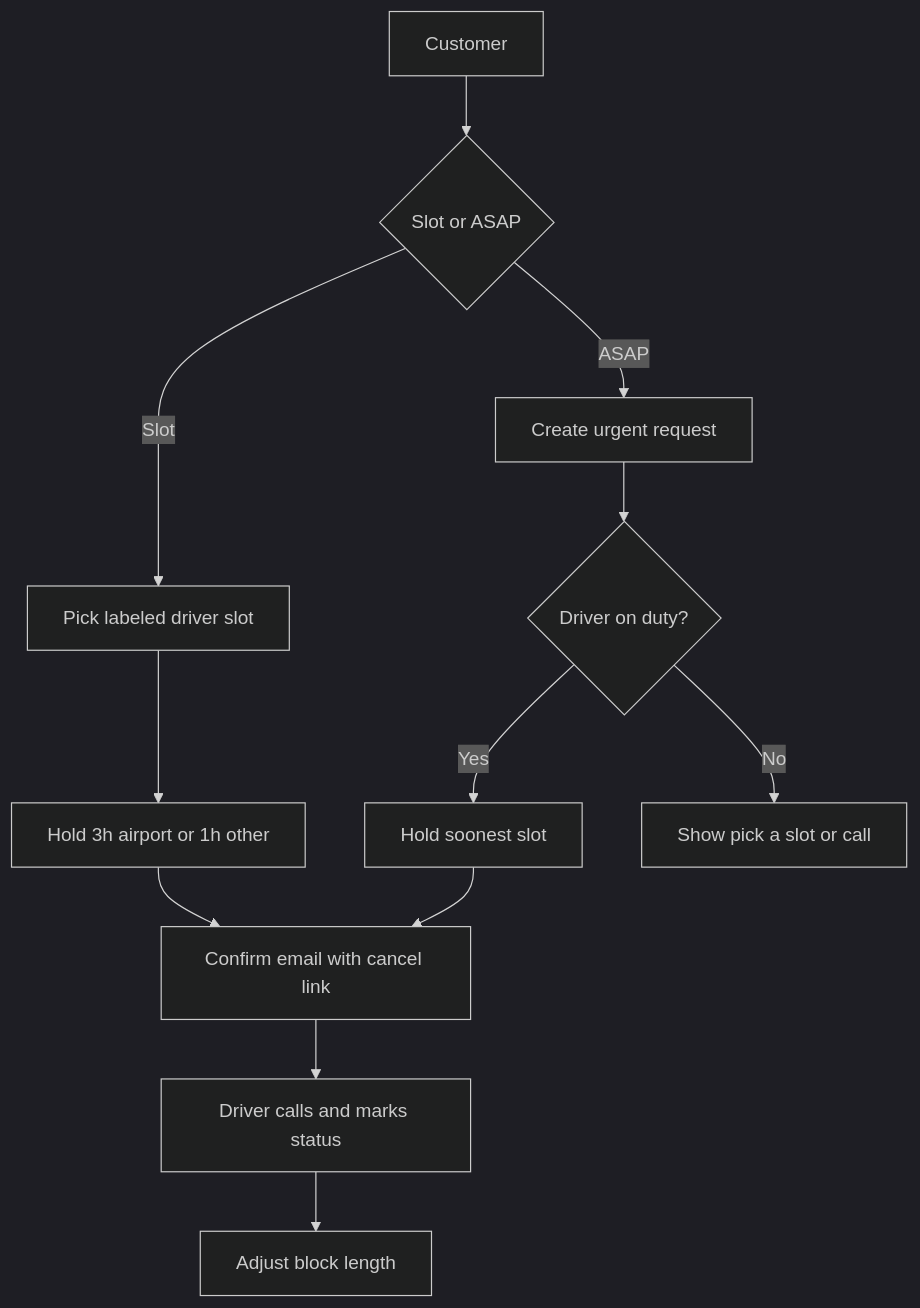
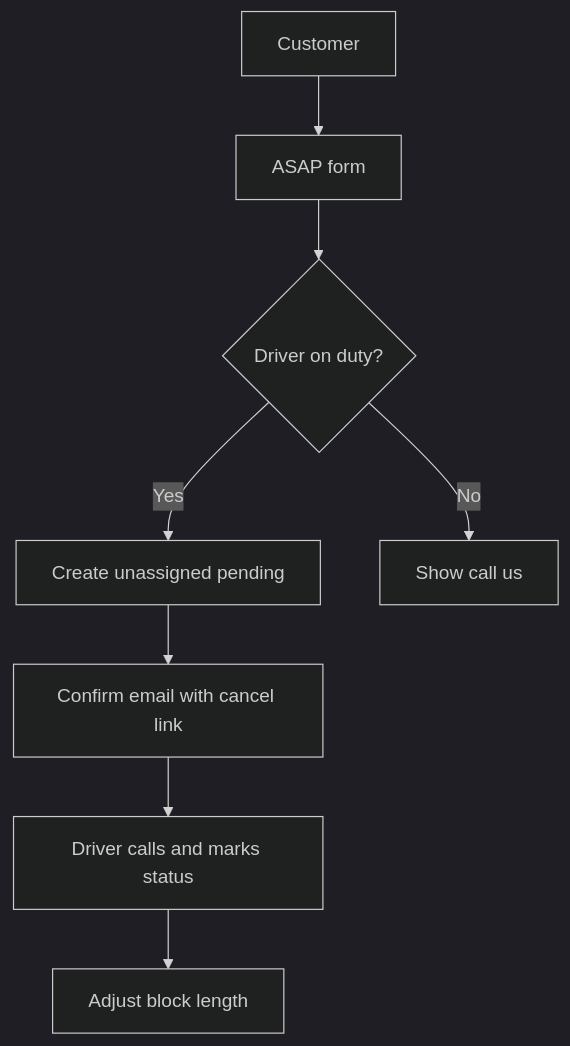
The diagram in docs/IMPLEMENTATION.md (lkcadence/BnPDrive), drawn with Mermaid (dark theme) before and after one commit. The commit also changed other lines of this file and 23 other files, not shown here.

````diff
--- a/docs/IMPLEMENTATION.md
+++ b/docs/IMPLEMENTATION.md
@@ -213,14 +267,10 @@
 ```mermaid
 flowchart TD
-  customer[Customer] --> choose{Slot or ASAP}
-  choose -->|Slot| pickSlot[Pick labeled driver slot]
-  choose -->|ASAP| asap[Create urgent request]
-  pickSlot --> hold[Hold 3h airport or 1h other]
+  customer[Customer] --> asap[ASAP form]
   asap --> onDuty{Driver on duty?}
-  onDuty -->|Yes| holdSoonest[Hold soonest slot]
-  onDuty -->|No| noDuty[Show pick a slot or call]
-  hold --> email[Confirm email with cancel link]
-  holdSoonest --> email
+  onDuty -->|Yes| unassigned[Create unassigned pending]
+  onDuty -->|No| noDuty[Show call us]
+  unassigned --> email[Confirm email with cancel link]
   email --> driverCall[Driver calls and marks status]
   driverCall --> adjust[Adjust block length]
 ```
````
